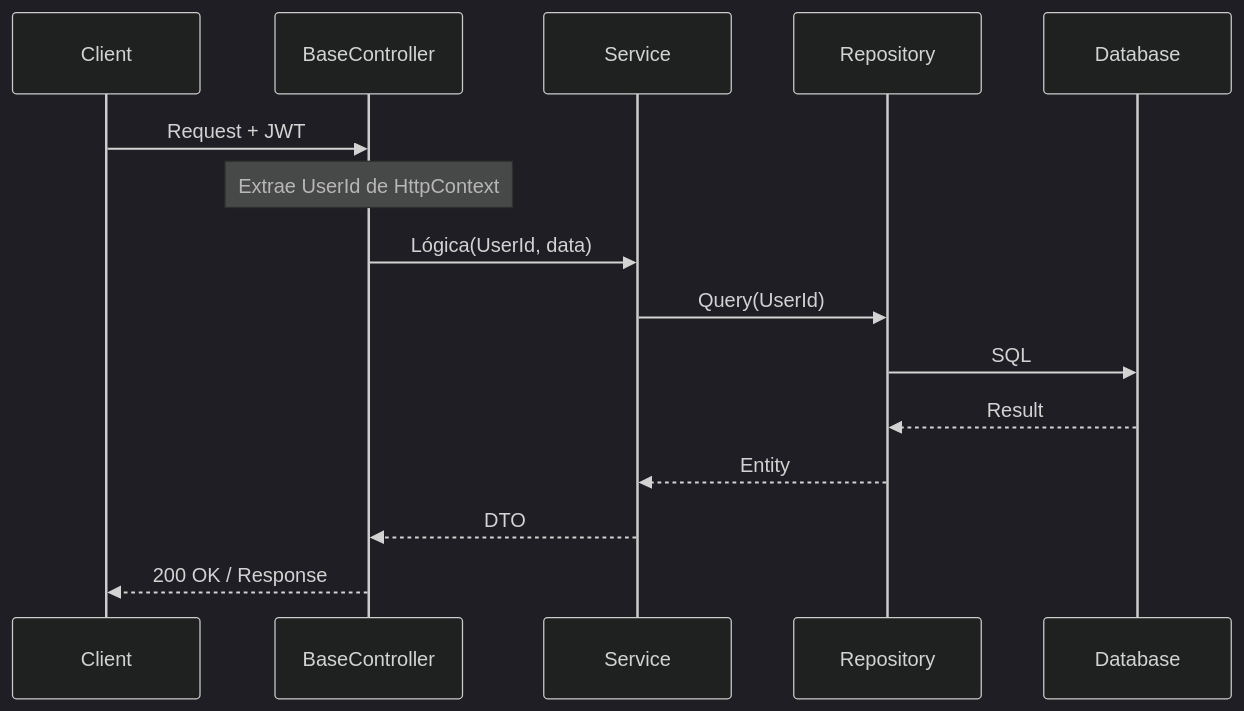
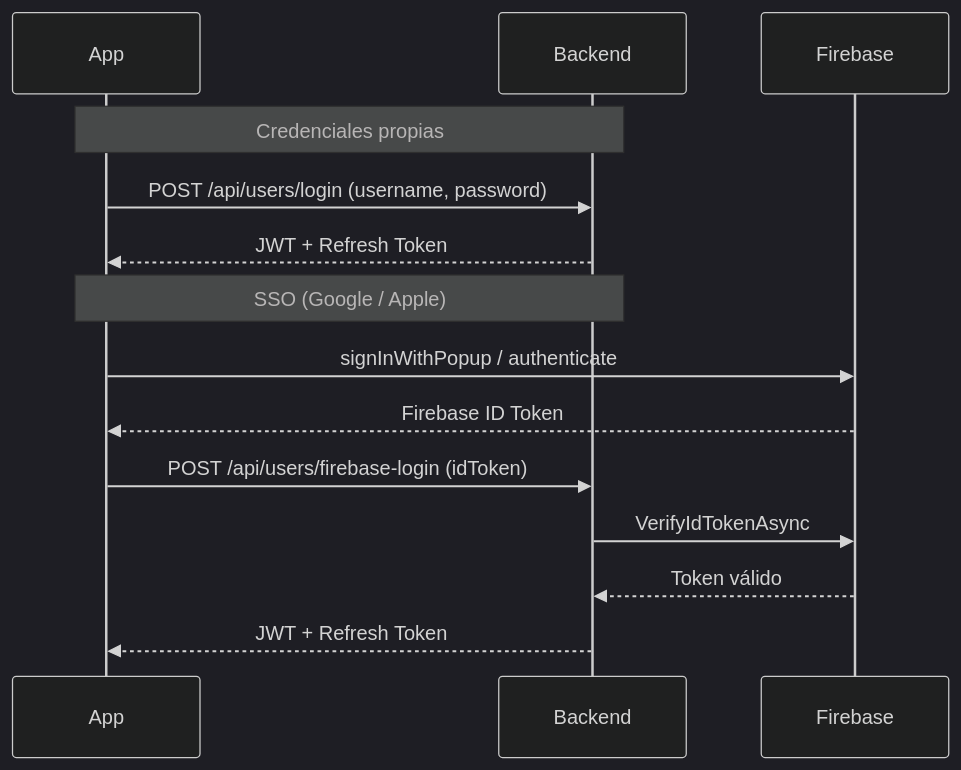
The second of 2 diagrams in README.md (jmrodri610/wisheo-backend-dotnet), drawn with Mermaid (dark theme) before and after one commit. The commit also changed other lines of this file, not shown here.

First line of the commit message:
update README with full setup guide and API docs

````diff
--- a/README.md
+++ b/README.md
@@ -82,18 +83,18 @@
 ```mermaid
 sequenceDiagram
-    participant Client
-    participant BaseController
-    participant Service
-    participant Repository
-    participant Database
+    participant App
+    participant Backend
+    participant Firebase
 
-    Client->>BaseController: Request + JWT
-    Note over BaseController: Extrae UserId de HttpContext
-    BaseController->>Service: Lógica(UserId, data)
-    Service->>Repository: Query(UserId)
-    Repository->>Database: SQL
-    Database-->>Repository: Result
-    Repository-->>Service: Entity
-    Service-->>BaseController: DTO
-    BaseController-->>Client: 200 OK / Response
+    Note over App,Backend: Credenciales propias
+    App->>Backend: POST /api/users/login (username, password)
+    Backend-->>App: JWT + Refresh Token
+
+    Note over App,Backend: SSO (Google / Apple)
+    App->>Firebase: signInWithPopup / authenticate
+    Firebase-->>App: Firebase ID Token
+    App->>Backend: POST /api/users/firebase-login (idToken)
+    Backend->>Firebase: VerifyIdTokenAsync
+    Firebase-->>Backend: Token válido
+    Backend-->>App: JWT + Refresh Token
 ```
````
